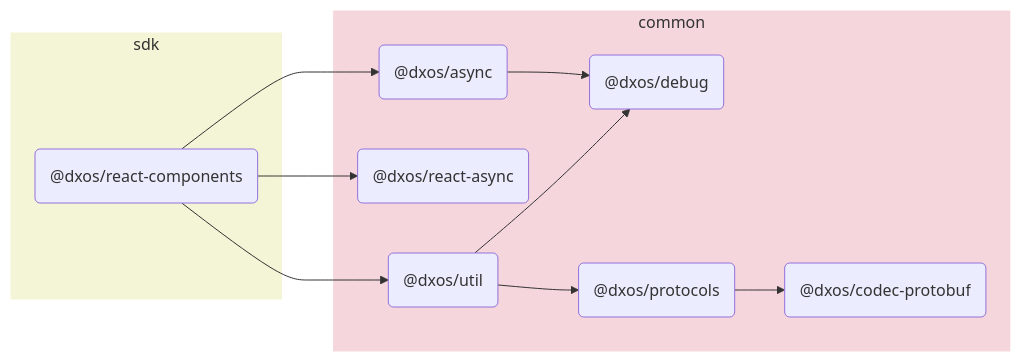
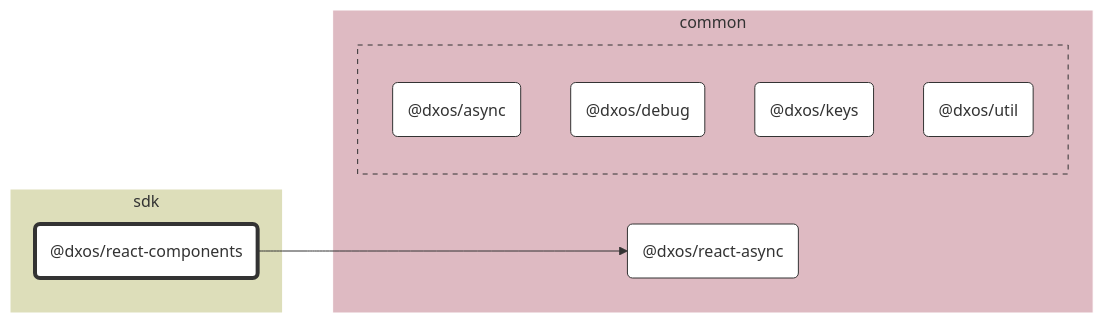
One commit to dxos/dxos changed the diagram in packages/sdk/react-components/docs/README.md. Above: the diagram before and after it, drawn with Mermaid. The commit also changed other lines of this file and 89 other files, not shown here.

````diff
--- a/packages/sdk/react-components/docs/README.md
+++ b/packages/sdk/react-components/docs/README.md
@@ -5,26 +7,51 @@
 ```mermaid
-flowchart LR;
+%%{ init: {'flowchart':{'curve':'basis'}} }%%
 
+flowchart LR
+
+%% Links
+dxos/react-components --> dxos/react-async;
+
+%% Sections
 subgraph sdk
-  style sdk fill:#f4f5d6,stroke:#fff;
-  dxos/react-components("@dxos/react-components");
+  style sdk fill:#dddeba,stroke:#fff;
+
+  dxos/react-components("@dxos/react-components")
 end
 
 subgraph common
-  style common fill:#f5d6dd,stroke:#fff;
-  dxos/async("@dxos/async");
-  dxos/debug("@dxos/debug");
-  dxos/react-async("@dxos/react-async");
-  dxos/util("@dxos/util");
-  dxos/protocols("@dxos/protocols");
-  dxos/codec-protobuf("@dxos/codec-protobuf");
+  style common fill:#debac2,stroke:#fff;
+
+  dxos/react-async("@dxos/react-async")
+
+  subgraph common-excluded [ ]
+    style common-excluded fill:#debac2,stroke:#333,stroke-dasharray:5 5;
+
+    dxos/async("@dxos/async")
+    dxos/debug("@dxos/debug")
+    dxos/keys("@dxos/keys")
+    dxos/util("@dxos/util")
+  end
 end
 
-dxos/react-components --> dxos/async;
-dxos/async --> dxos/debug;
-dxos/react-components --> dxos/react-async;
-dxos/react-components --> dxos/util;
-dxos/util --> dxos/debug;
-dxos/util --> dxos/protocols;
-dxos/protocols --> dxos/codec-protobuf;
+
+%% Hyperlinks
+click dxos/async "dxos/dxos/tree/main/packages/common/async/docs";
+click dxos/debug "dxos/dxos/tree/main/packages/common/debug/docs";
+click dxos/keys "dxos/dxos/tree/main/packages/common/keys/docs";
+click dxos/react-async "dxos/dxos/tree/main/packages/common/react-async/docs";
+click dxos/util "dxos/dxos/tree/main/packages/common/util/docs";
+
+%% Styles
+classDef rootNode fill:#fff,stroke:#333,stroke-width:4px
+classDef defaultNode fill:#fff,stroke:#333,stroke-width:1px
+linkStyle default stroke:#333,stroke-width:1px
+
+dxos/react-components:::rootNode
+
+dxos/async:::defaultNode
+dxos/debug:::defaultNode
+dxos/keys:::defaultNode
+dxos/react-async:::defaultNode
+dxos/util:::defaultNode
 ```
````
